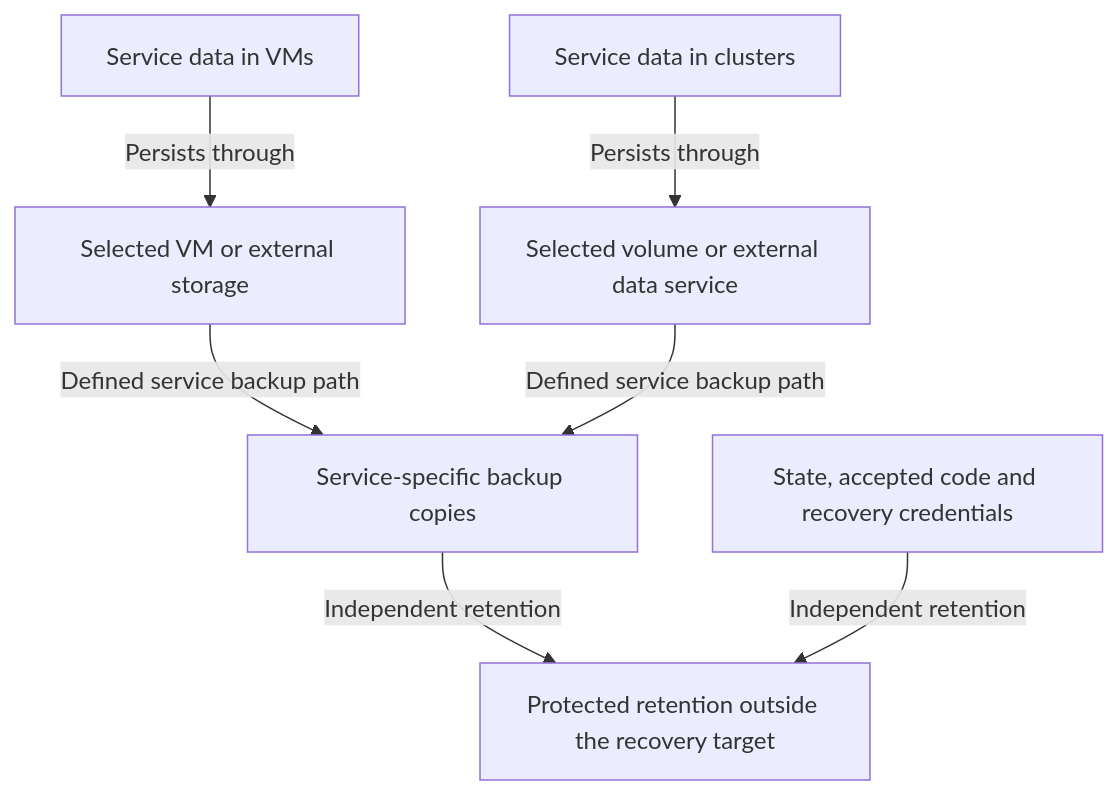
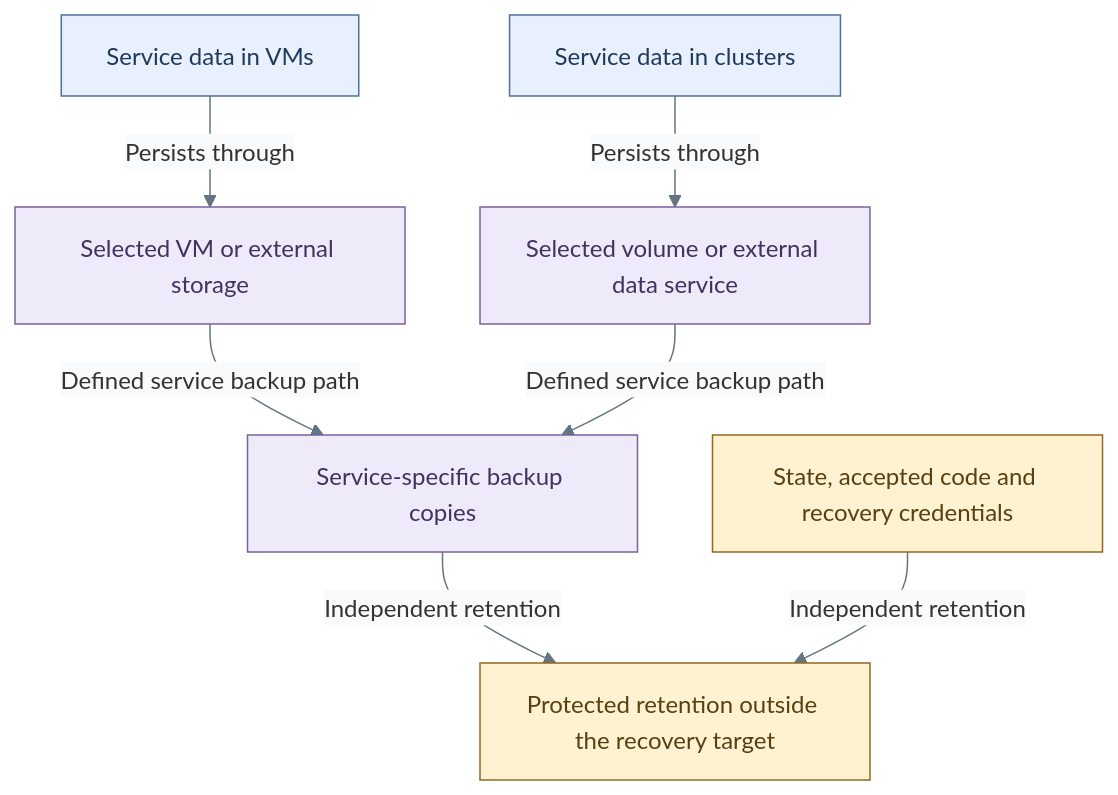
Before and after one commit to Rexus/homelab: the second of 2 diagrams in docs/architecture/compute/runtime.md, drawn with Mermaid. The commit also changed other lines of this file and 49 other files, not shown here.

Commit message:
docs(diagrams): clarify tier layouts and visual styles

````diff
--- a/docs/architecture/compute/runtime.md
+++ b/docs/architecture/compute/runtime.md
@@ -80,16 +78,24 @@
 ```mermaid
+%%{init: {"theme":"base","themeVariables":{"lineColor":"#627581","edgeLabelBackground":"#f8fafc"}}}%%
 flowchart TB
   VMData["Service data in VMs"]
   ClusterData["Service data in clusters"]
   VMStorage["Selected VM or external storage"]
   ClusterStorage["Selected volume or external data service"]
   Backups["Service-specific backup copies"]
   Records["State, accepted code and recovery credentials"]
   Recovery["Protected retention outside the recovery target"]
   VMData -->|Persists through| VMStorage
   ClusterData -->|Persists through| ClusterStorage
   VMStorage -->|Defined service backup path| Backups
   ClusterStorage -->|Defined service backup path| Backups
   Backups -->|Independent retention| Recovery
   Records -->|Independent retention| Recovery
+  classDef default fill:#f8fafc,stroke:#64748b,color:#1f2937
+  classDef services fill:#e7f0fc,stroke:#4d719b,color:#203a5b
+  classDef data fill:#eeeafa,stroke:#78639b,color:#42325d
+  classDef custody fill:#fff2d1,stroke:#926820,color:#584013
+  class VMData,ClusterData services
+  class VMStorage,ClusterStorage,Backups data
+  class Records,Recovery custody
 ```
````
